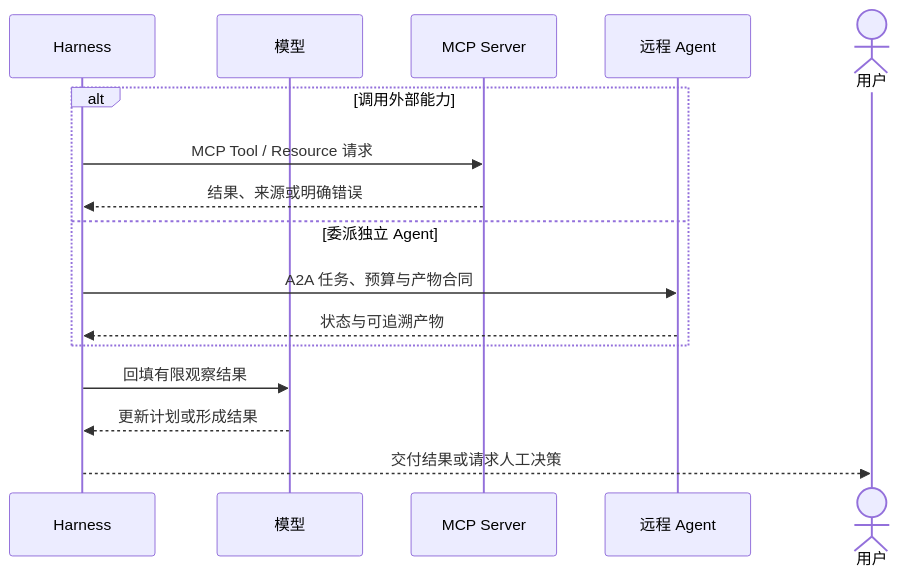
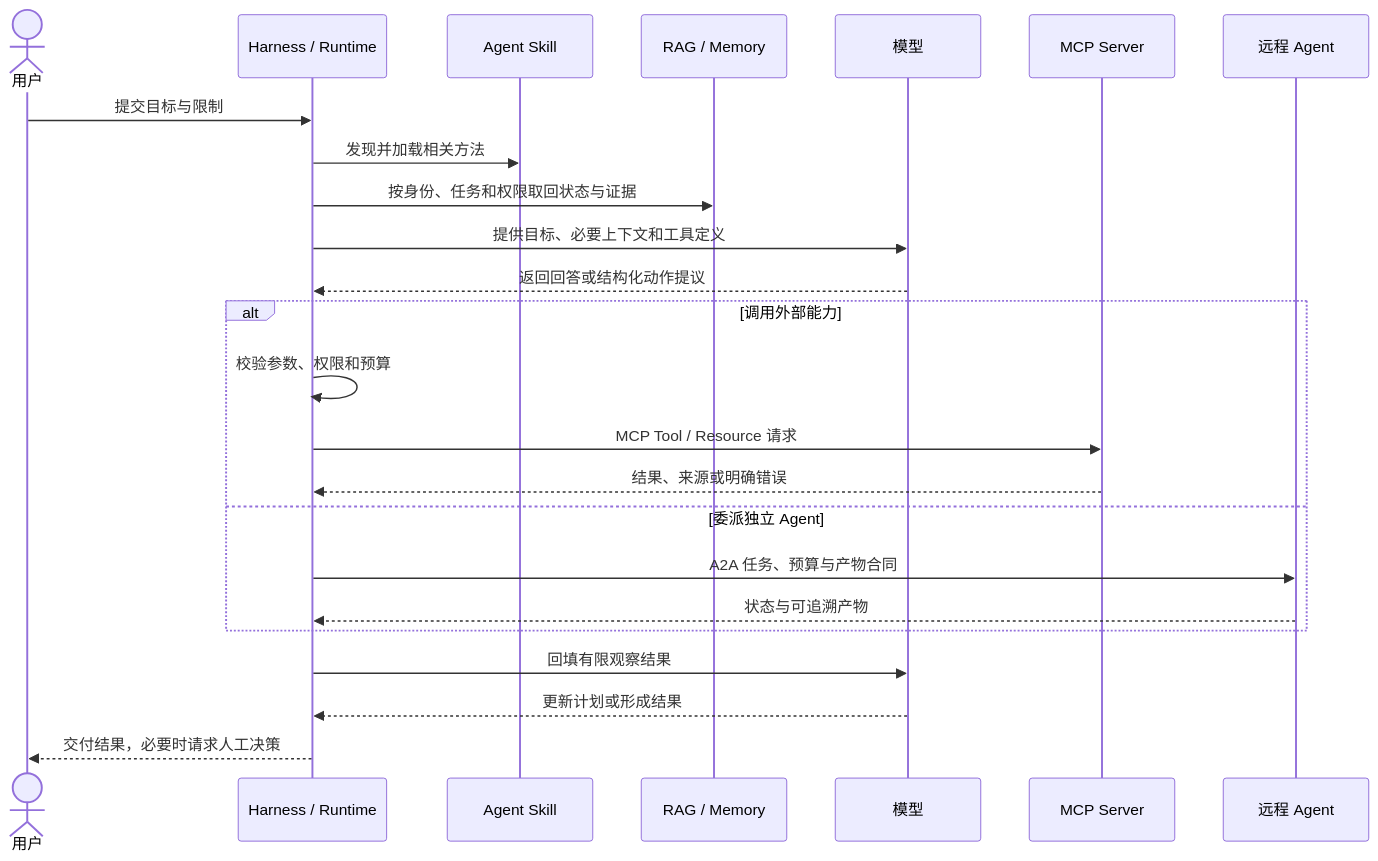
One commit to FoLaJJ/agent-systems-notes changed the fourth of 5 diagrams in docs/01-agent-evolution.md. Above: the diagram before and after it, drawn with Mermaid. The commit also changed other lines of this file and 13 other files, not shown here.

Commit message:
Refine Mermaid diagram layouts

````diff
--- a/docs/01-agent-evolution.md
+++ b/docs/01-agent-evolution.md
@@ -233,18 +229,26 @@
 ```mermaid
 sequenceDiagram
-    participant H as Harness
+    actor U as 用户
+    participant H as Harness / Runtime
+    participant S as Agent Skill
+    participant K as RAG / Memory
     participant L as 模型
     participant M as MCP Server
     participant A as 远程 Agent
-    actor U as 用户
+    U->>H: 提交目标与限制
+    H->>S: 发现并加载相关方法
+    H->>K: 按身份、任务和权限取回状态与证据
+    H->>L: 提供目标、必要上下文和工具定义
+    L-->>H: 返回回答或结构化动作提议
     alt 调用外部能力
+      H->>H: 校验参数、权限和预算
       H->>M: MCP Tool / Resource 请求
       M-->>H: 结果、来源或明确错误
     else 委派独立 Agent
       H->>A: A2A 任务、预算与产物合同
       A-->>H: 状态与可追溯产物
     end
     H->>L: 回填有限观察结果
     L-->>H: 更新计划或形成结果
-    H-->>U: 交付结果或请求人工决策
+    H-->>U: 交付结果，必要时请求人工决策
 ```
````
